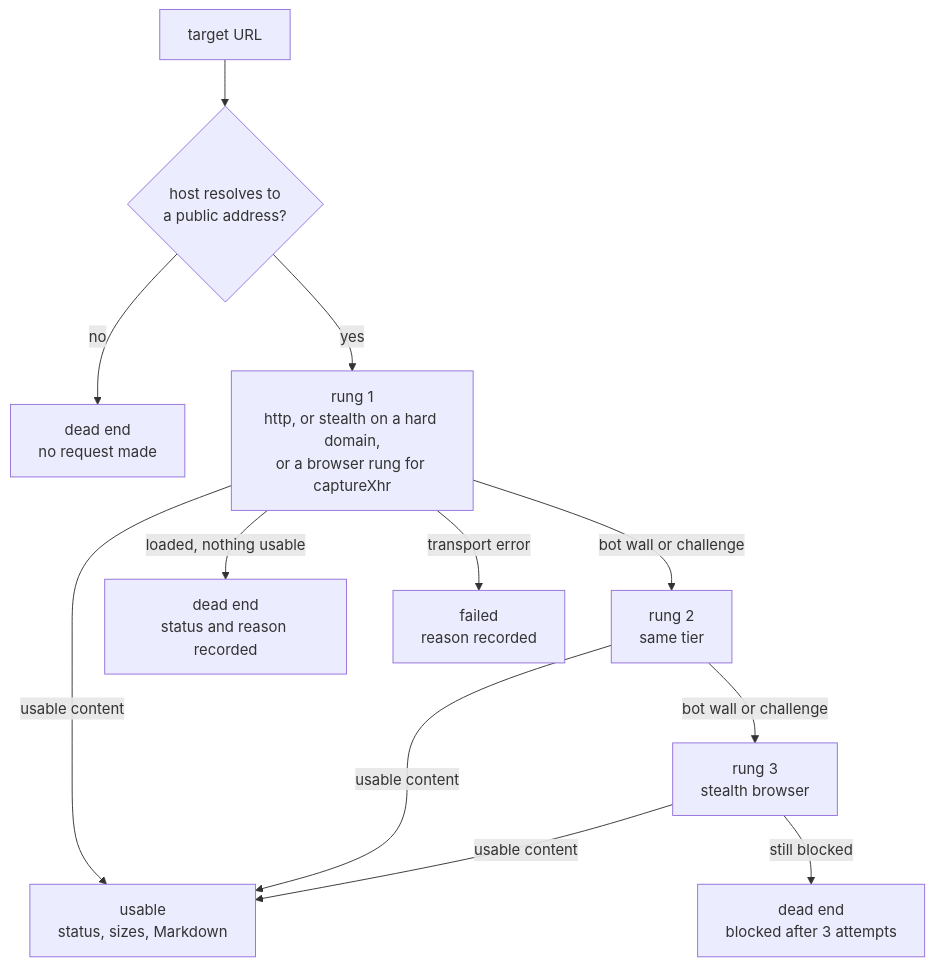
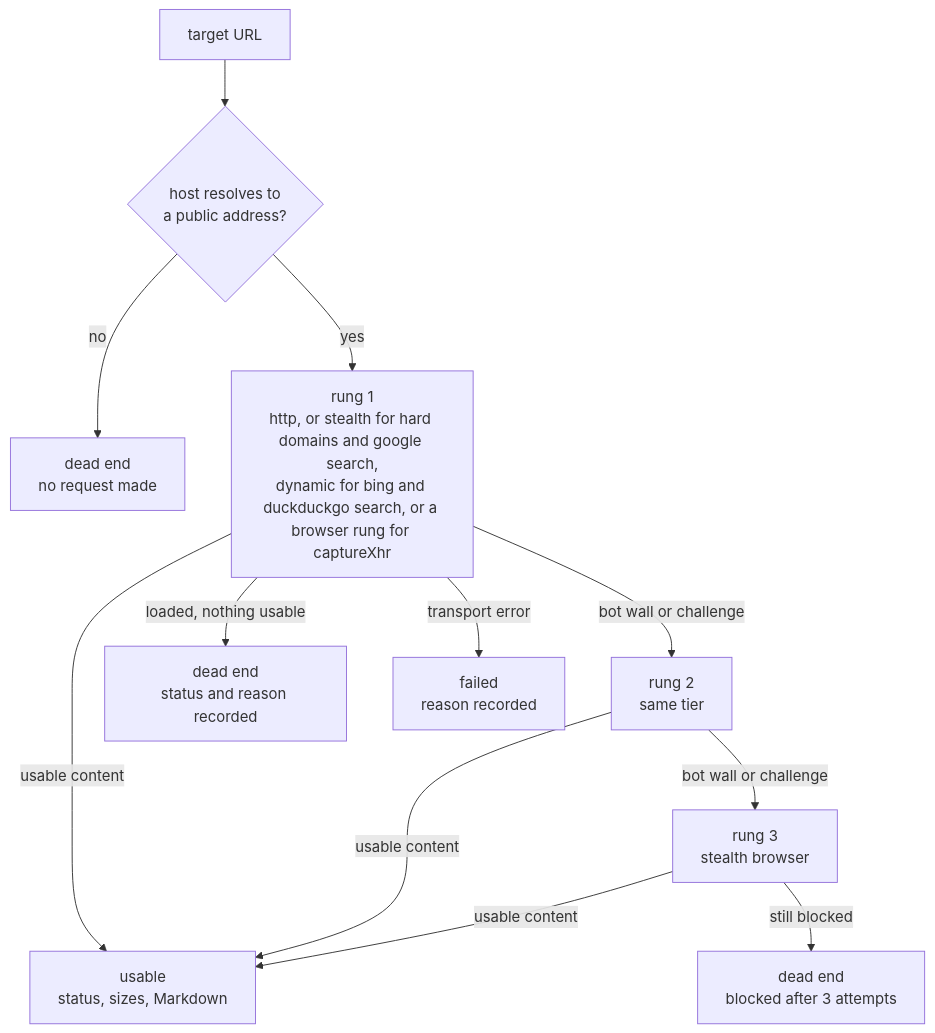
Before and after one commit to RajarshiB21/pi-remoticon: the third of 3 diagrams in README.md, drawn with Mermaid. The commit also changed 7 other files, not shown here.

Commit message:
fix(review): pass captureXhr to the stealth route, re-arm injection latches on new asks and fetches, match keywords as whole words, keep the empty-list latch, fix test fixtures to production shapes

````diff
--- a/README.md
+++ b/README.md
@@ -72,14 +72,14 @@
 ```mermaid
 flowchart TD
     U["target URL"] --> G{"host resolves to<br/>a public address?"}
     G -->|"no"| DE0["dead end<br/>no request made"]
-    G -->|"yes"| R1["rung 1<br/>http, or stealth on a hard domain,<br/>or a browser rung for captureXhr"]
+    G -->|"yes"| R1["rung 1<br/>http, or stealth for hard domains and google search,<br/>dynamic for bing and duckduckgo search, or a browser rung for captureXhr"]
     R1 -->|"usable content"| OK["usable<br/>status, sizes, Markdown"]
     R1 -->|"bot wall or challenge"| R2["rung 2<br/>same tier"]
     R2 -->|"usable content"| OK
     R2 -->|"bot wall or challenge"| R3["rung 3<br/>stealth browser"]
     R3 -->|"usable content"| OK
     R3 -->|"still blocked"| DE["dead end<br/>blocked after 3 attempts"]
     R1 -->|"loaded, nothing usable"| DE2["dead end<br/>status and reason recorded"]
     R1 -->|"transport error"| F["failed<br/>reason recorded"]
 ```
````
